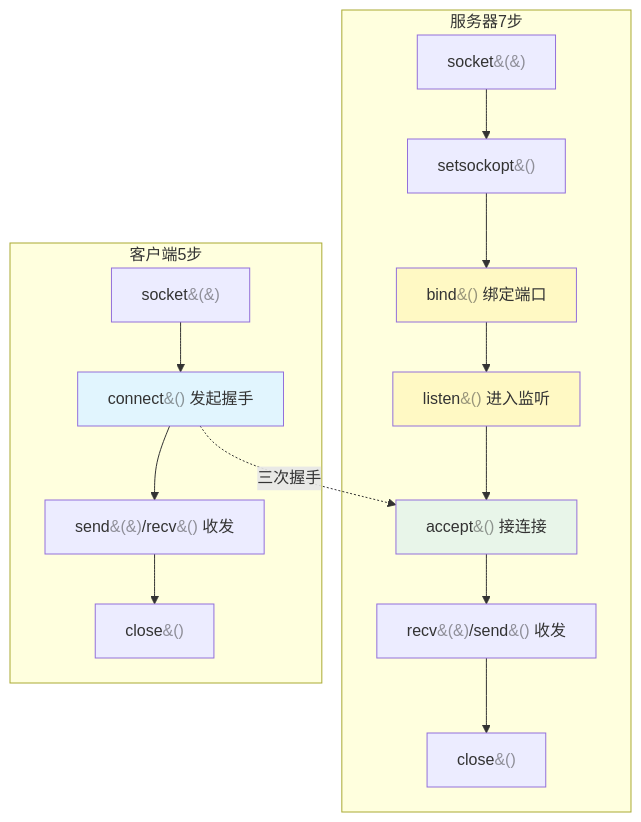
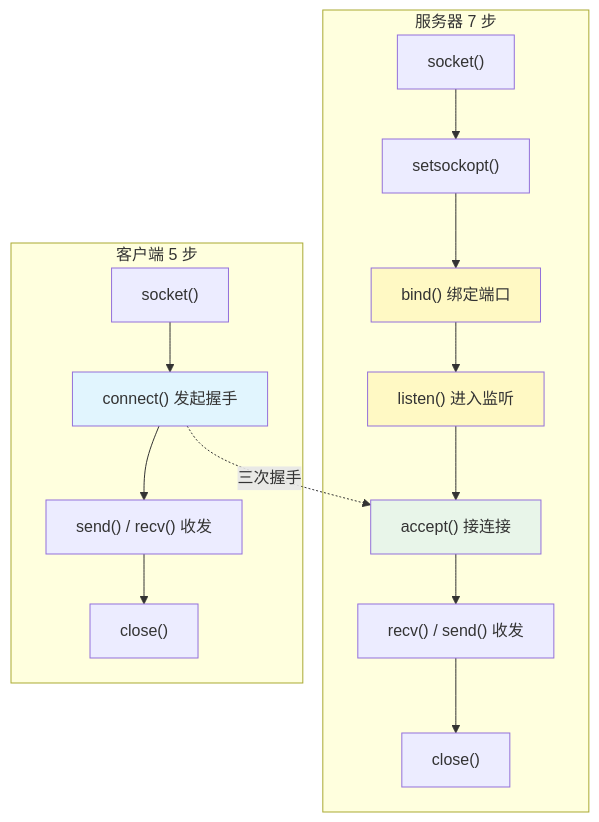
The seventh of 11 diagrams in practical/socket-api-reference.md (ZERO1206/network-study-notes), drawn with Mermaid before and after one commit. The commit also changed other lines of this file, not shown here.

First line of the commit message:
修复Mermaid流程图渲染故障：去掉<span>标签和双引号语法

````diff
--- a/practical/socket-api-reference.md
+++ b/practical/socket-api-reference.md
@@ -627,22 +627,22 @@
 ```mermaid
 flowchart TD
-    subgraph 服务器7步
-        S1[socket<span style="opacity:0.5">&#40;&#41;</span>] --> S2[setsockopt<span style="opacity:0.5">&#40;&#41;</span>]
-        S2 --> S3[bind<span style="opacity:0.5">&#40;&#41;</span> 绑定端口]
-        S3 --> S4[listen<span style="opacity:0.5">&#40;&#41;</span> 进入监听]
-        S4 --> S5[accept<span style="opacity:0.5">&#40;&#41;</span> 接连接]
-        S5 --> S6[recv<span style="opacity:0.5">&#40;&#41;</span>/send<span style="opacity:0.5">&#40;&#41;</span> 收发]
-        S6 --> S7[close<span style="opacity:0.5">&#40;&#41;</span>]
+    subgraph Server["服务器 7 步"]
+        S1["socket()"] --> S2["setsockopt()"]
+        S2 --> S3["bind() 绑定端口"]
+        S3 --> S4["listen() 进入监听"]
+        S4 --> S5["accept() 接连接"]
+        S5 --> S6["recv() / send() 收发"]
+        S6 --> S7["close()"]
     end
-    subgraph 客户端5步
-        C1[socket<span style="opacity:0.5">&#40;&#41;</span>] --> C2[connect<span style="opacity:0.5">&#40;&#41;</span> 发起握手]
-        C2 --> C3[send<span style="opacity:0.5">&#40;&#41;</span>/recv<span style="opacity:0.5">&#40;&#41;</span> 收发]
-        C3 --> C4[close<span style="opacity:0.5">&#40;&#41;</span>]
+    subgraph Client["客户端 5 步"]
+        C1["socket()"] --> C2["connect() 发起握手"]
+        C2 --> C3["send() / recv() 收发"]
+        C3 --> C4["close()"]
     end
-    C2 -.->|""三次握手""| S5
+    C2 -.->|"三次握手"| S5
 
     style S3 fill:#fff9c4
     style S4 fill:#fff9c4
     style S5 fill:#e8f5e9
     style C2 fill:#e1f5fe
 ```
````
